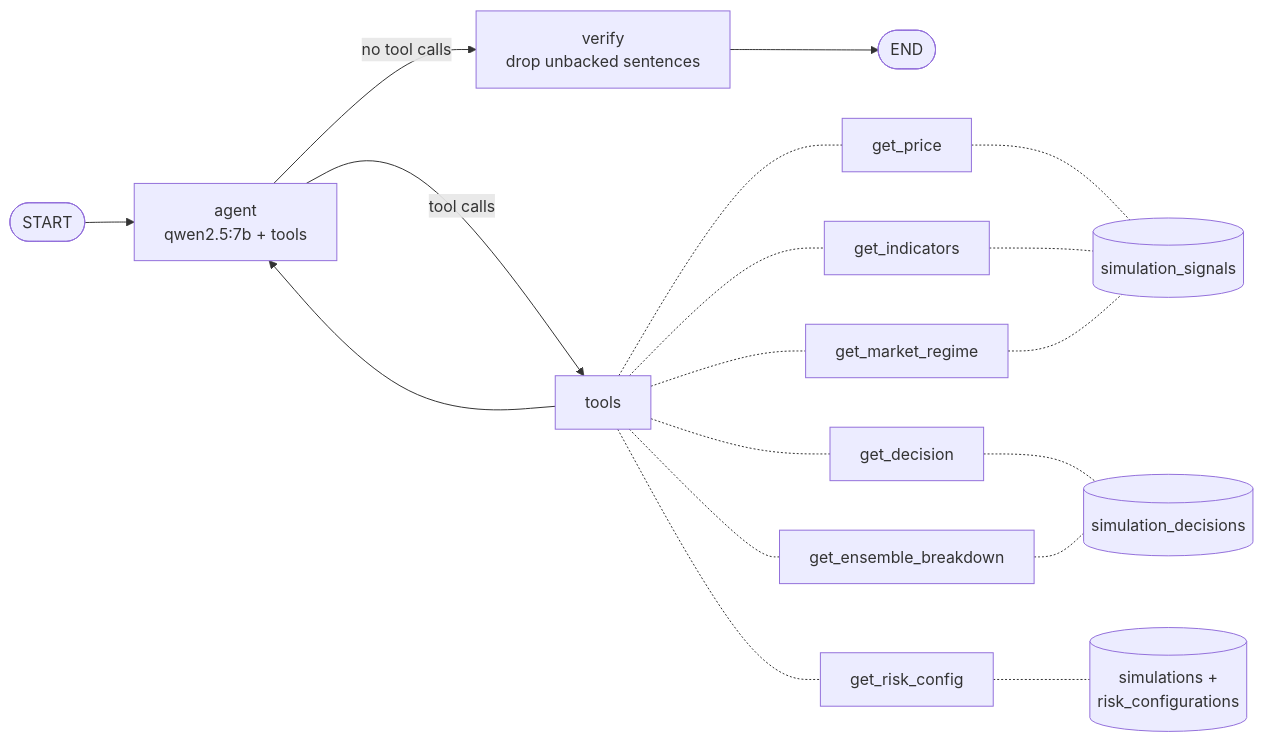
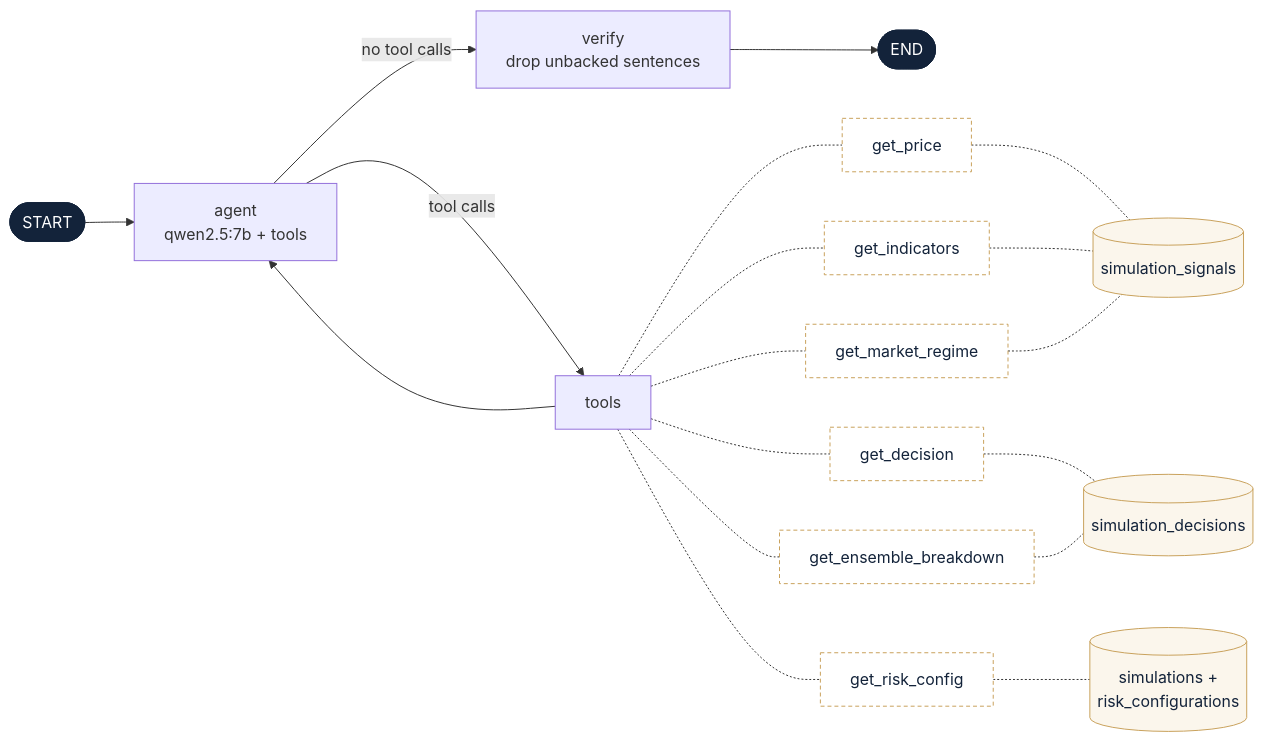
Before and after one commit to CardozoEIA/trading_simulator: the second of 9 diagrams in docs/agents.md, drawn with Mermaid. The commit also changed other lines of this file and 8 other files, not shown here.

First line of the commit message:
docs(agents): export every per-agent diagram with its tools

````diff
--- a/docs/agents.md
+++ b/docs/agents.md
@@ -56,12 +86,20 @@
 ```mermaid
 flowchart LR
     S([START]) --> A[agent<br/>qwen2.5:7b + tools]
     A -->|tool calls| T[tools]
     T --> A
     A -->|no tool calls| V[verify<br/>drop unbacked sentences]
     V --> E([END])
 
     T -.- t1[get_price] & t3[get_indicators] & t5[get_market_regime] -.- d1[(simulation_signals)]
     T -.- t2[get_decision] & t6[get_ensemble_breakdown] -.- d2[(simulation_decisions)]
     T -.- t4[get_risk_config] -.- d3[(simulations +<br/>risk_configurations)]
+
+    classDef io fill:#13233a,stroke:#13233a,color:#ffffff
+    classDef tool fill:#ffffff,stroke:#c9a15c,stroke-dasharray:4 3,color:#13233a
+    classDef data fill:#fbf6ec,stroke:#c9a15c,color:#13233a
+    classDef subflow fill:#e4ecf8,stroke:#2f63ad,stroke-width:2px,color:#13233a
+    class S,E io
+    class t1,t2,t3,t4,t5,t6 tool
+    class d1,d2,d3 data
 ```
````
